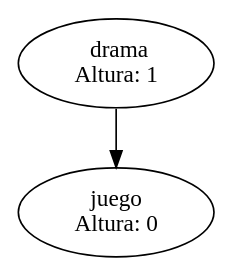
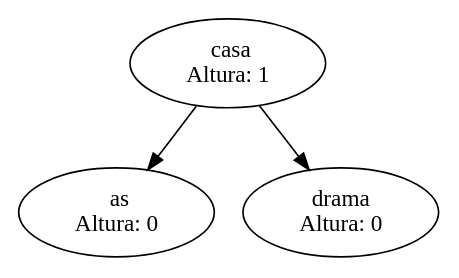
Before and after one commit to ByLy23/BlockChain_Java: the diagram in Proyecto2_201700733/avlTrees.dot, drawn with Graphviz. The commit also changed 15 other files, not shown here.

```diff
--- a/Proyecto2_201700733/avlTrees.dot
+++ b/Proyecto2_201700733/avlTrees.dot
@@ -1,4 +1,6 @@
-digraph "GraficaAVL"{ nodo1614629854 [label= "  drama
- Altura: 1"];nodo1608632588 [label= " juego
- Altura: 0"]; nodo1614629854->nodo1608632588
+digraph "GraficaAVL"{ nodo1223128440 [label= "  as
+ Altura: 0"];nodo449273508 [label= "  casa
+ Altura: 1"];nodo1270478140 [label= " drama
+ Altura: 0"]; nodo449273508->nodo1223128440
+nodo449273508->nodo1270478140
  }
```
